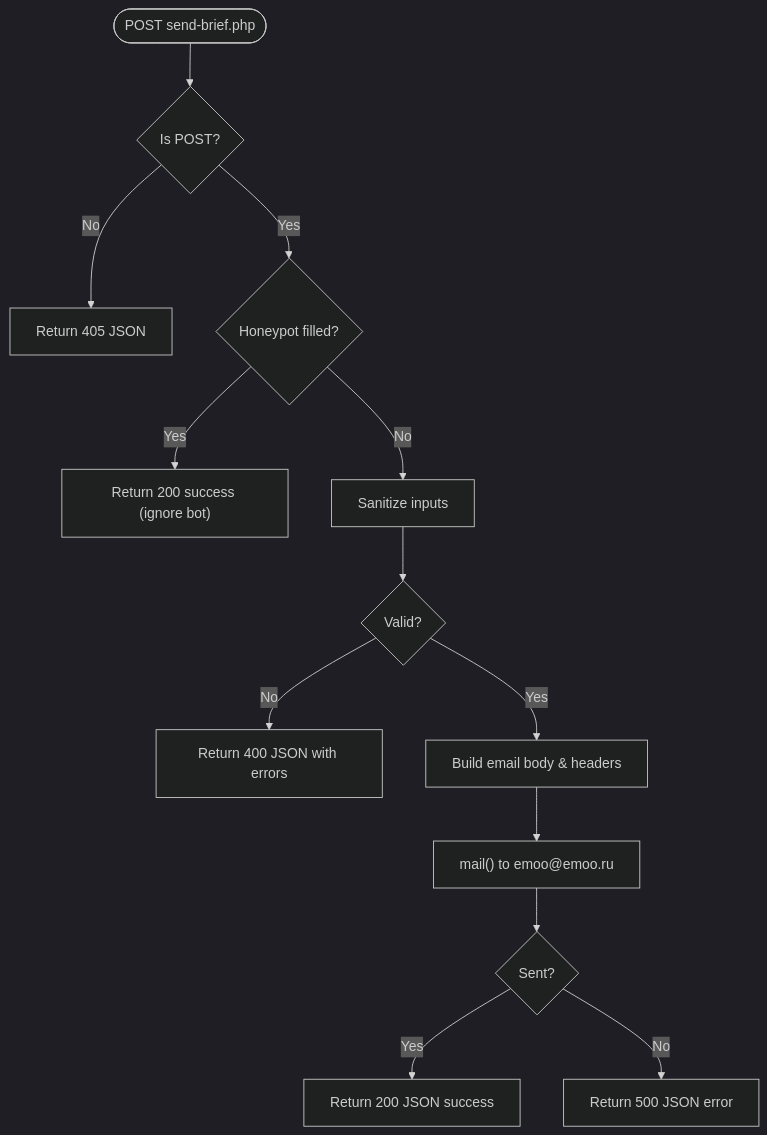
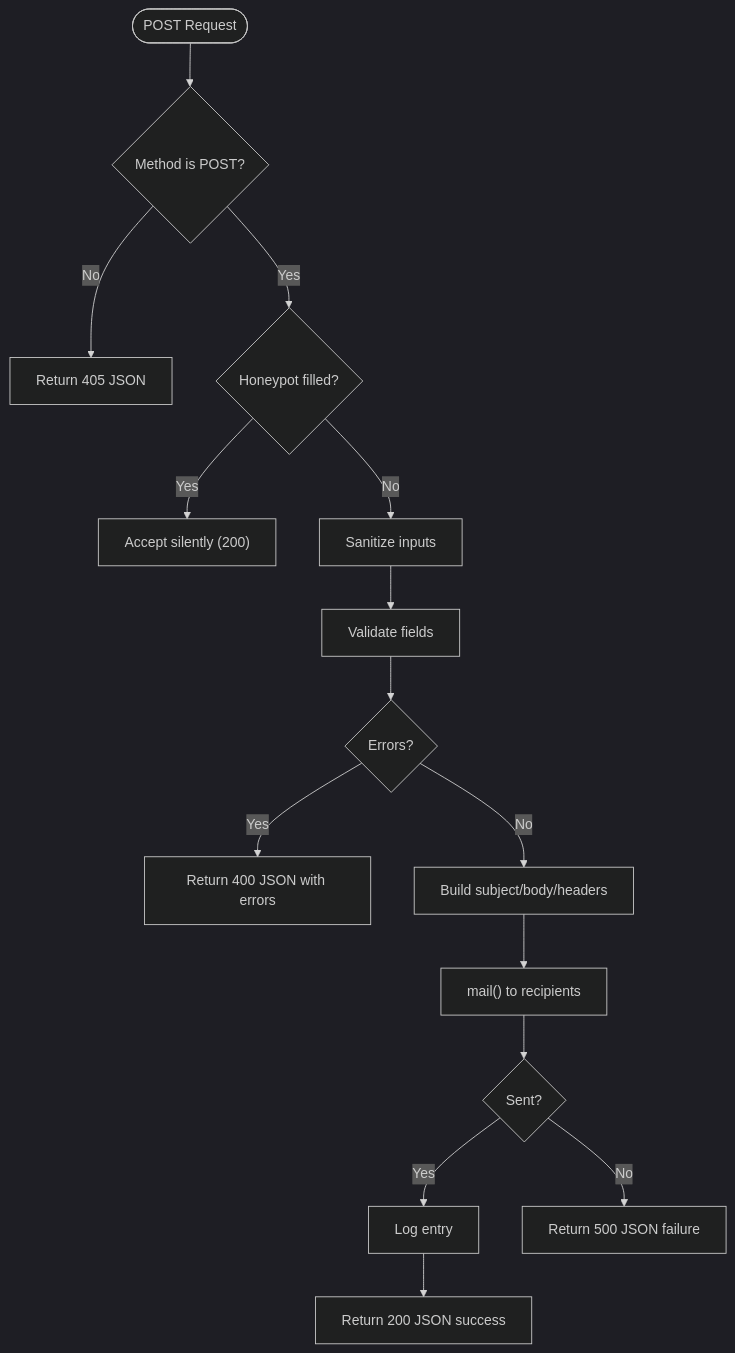
Before and after one commit to Vostrikov2014/emoo: the fifth of 7 diagrams in .qoder/repowiki/en/content/Project Overview.md, drawn with Mermaid (dark theme). The commit also changed other lines of this file and 49 other files, not shown here.

````diff
--- a/.qoder/repowiki/en/content/Project Overview.md
+++ b/.qoder/repowiki/en/content/Project Overview.md
@@ -133,15 +170,17 @@
 ```mermaid
 flowchart TD
-Entry(["POST send-brief.php"]) --> CheckMethod{"Is POST?"}
-CheckMethod --> |No| Reject["Return 405 JSON"]
-CheckMethod --> |Yes| Honeypot{"Honeypot filled?"}
-Honeypot --> |Yes| Ignore["Return 200 success (ignore bot)"]
-Honeypot --> |No| Sanitize["Sanitize inputs"]
-Sanitize --> Validate{"Valid?"}
-Validate --> |No| Err["Return 400 JSON with errors"]
-Validate --> |Yes| BuildEmail["Build email body & headers"]
-BuildEmail --> Send["mail() to emoo@emoo.ru"]
-Send --> Result{"Sent?"}
-Result --> |Yes| Ok["Return 200 JSON success"]
-Result --> |No| Fail["Return 500 JSON error"]
+Start(["POST Request"]) --> MethodCheck{"Method is POST?"}
+MethodCheck -- No --> Reject["Return 405 JSON"]
+MethodCheck -- Yes --> Honeypot{"Honeypot filled?"}
+Honeypot -- Yes --> AcceptBot["Accept silently (200)"]
+Honeypot -- No --> Sanitize["Sanitize inputs"]
+Sanitize --> Validate["Validate fields"]
+Validate --> Errors{"Errors?"}
+Errors -- Yes --> ReturnErr["Return 400 JSON with errors"]
+Errors -- No --> BuildEmail["Build subject/body/headers"]
+BuildEmail --> SendMail["mail() to recipients"]
+SendMail --> Result{"Sent?"}
+Result -- Yes --> Log["Log entry"]
+Log --> ReturnOk["Return 200 JSON success"]
+Result -- No --> ReturnFail["Return 500 JSON failure"]
 ```
````
